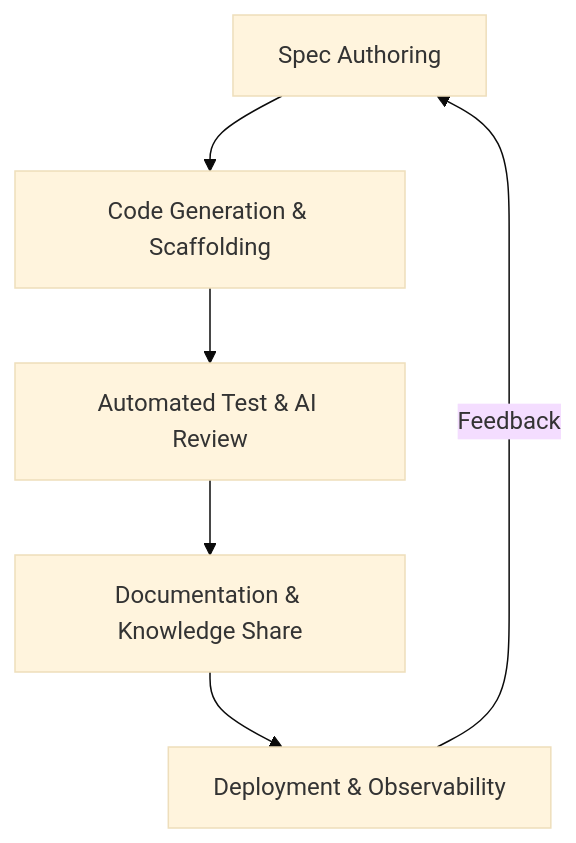
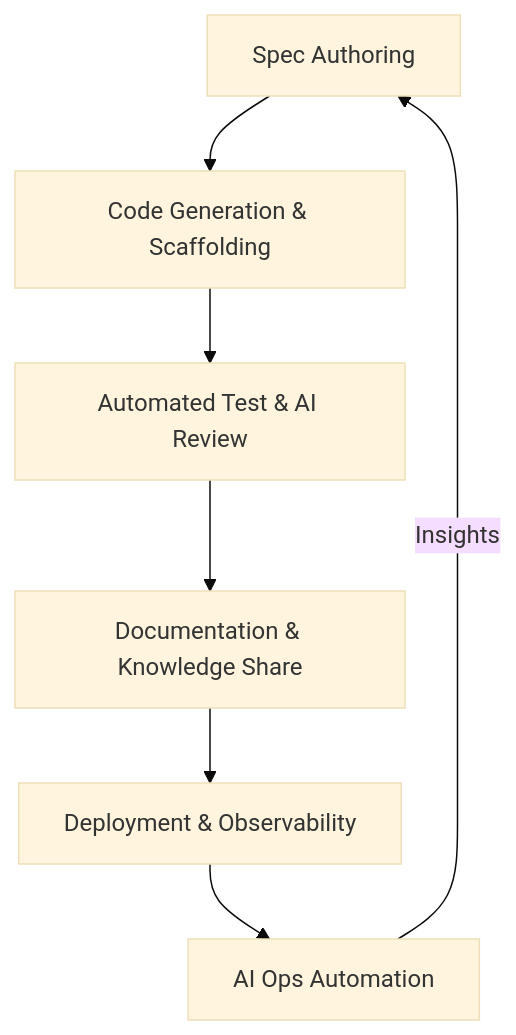
One commit to itdojp/ITDO_ERP3 changed the diagram in docs/ai-devflow.md. Above: the diagram before and after it, drawn with Mermaid (base theme). The commit also changed other lines of this file and 20 other files, not shown here.

Commit message:
feat(hr): persist employees and ai ops automation hooks

````diff
--- a/docs/ai-devflow.md
+++ b/docs/ai-devflow.md
@@ -6,8 +6,9 @@
 ```mermaid
 graph TD
   A[Spec Authoring] --> B[Code Generation & Scaffolding]
   B --> C[Automated Test & AI Review]
   C --> D[Documentation & Knowledge Share]
   D --> E[Deployment & Observability]
-  E -->|Feedback| A
+  E --> F[AI Ops Automation]
+  F -->|Insights| A
 ```
````
